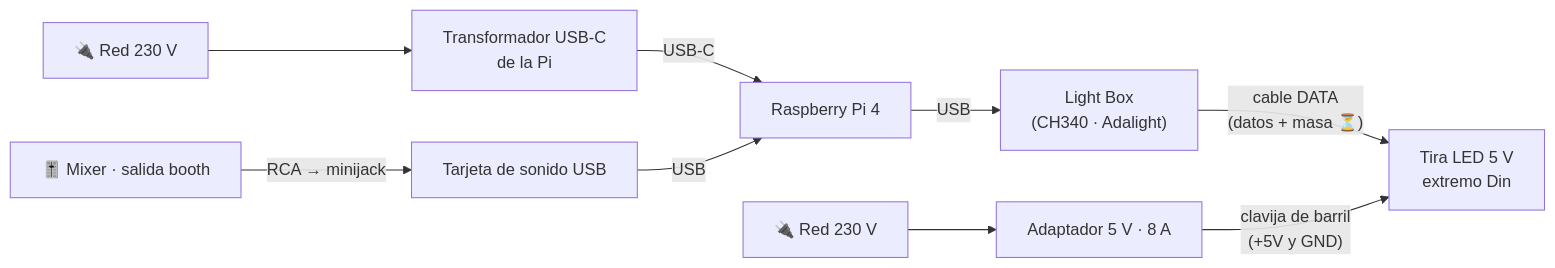
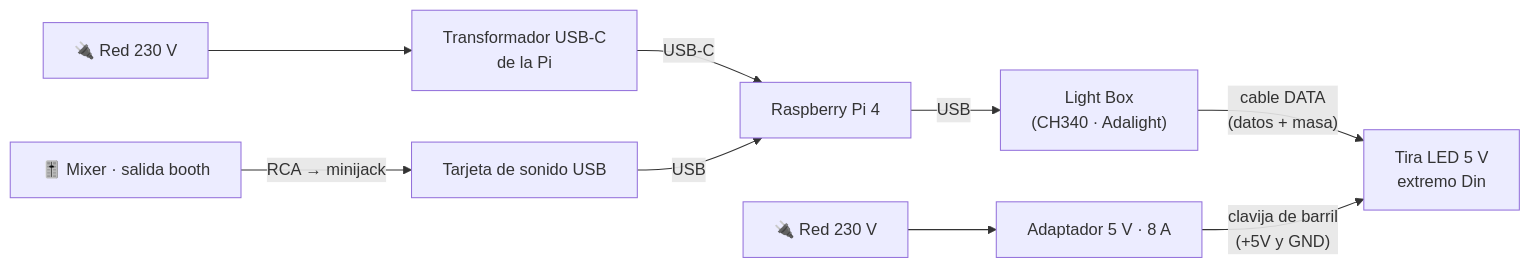
Before and after one commit to 7daysofrain/mood-table-v2: the diagram in HARDWARE_SETUP.md, drawn with Mermaid. The commit also changed other lines of this file, not shown here.

First line of the commit message:
docs(hardware): diagnóstico de la tira y protección del primer LED

````diff
--- a/HARDWARE_SETUP.md
+++ b/HARDWARE_SETUP.md
@@ -33,11 +33,11 @@
 ```mermaid
 flowchart LR
   red1["🔌 Red 230 V"] --> trafoPi["Transformador USB-C<br/>de la Pi"]
   red2["🔌 Red 230 V"] --> fuente["Adaptador 5 V · 8 A"]
   trafoPi -->|USB-C| pi["Raspberry Pi 4"]
   mixer["🎚️ Mixer · salida booth"] -->|RCA → minijack| tarjeta["Tarjeta de sonido USB"]
   tarjeta -->|USB| pi
   pi -->|USB| lightbox["Light Box<br/>(CH340 · Adalight)"]
-  lightbox -->|"cable DATA<br/>(datos + masa ⏳)"| tira["Tira LED 5 V<br/>extremo Din"]
+  lightbox -->|"cable DATA<br/>(datos + masa)"| tira["Tira LED 5 V<br/>extremo Din"]
   fuente -->|"clavija de barril<br/>(+5V y GND)"| tira
 ```
````
